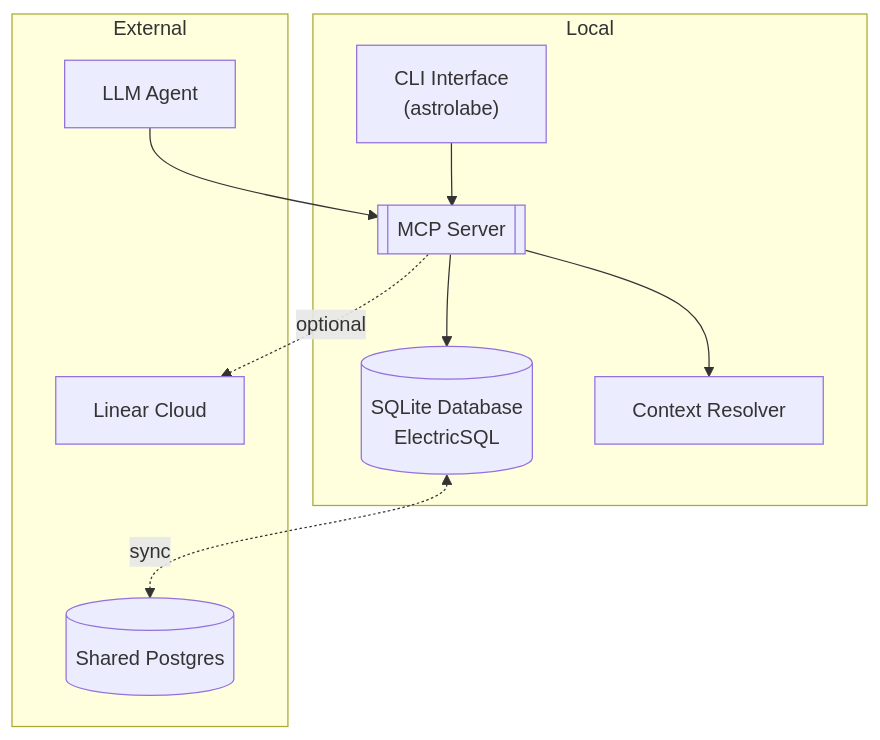
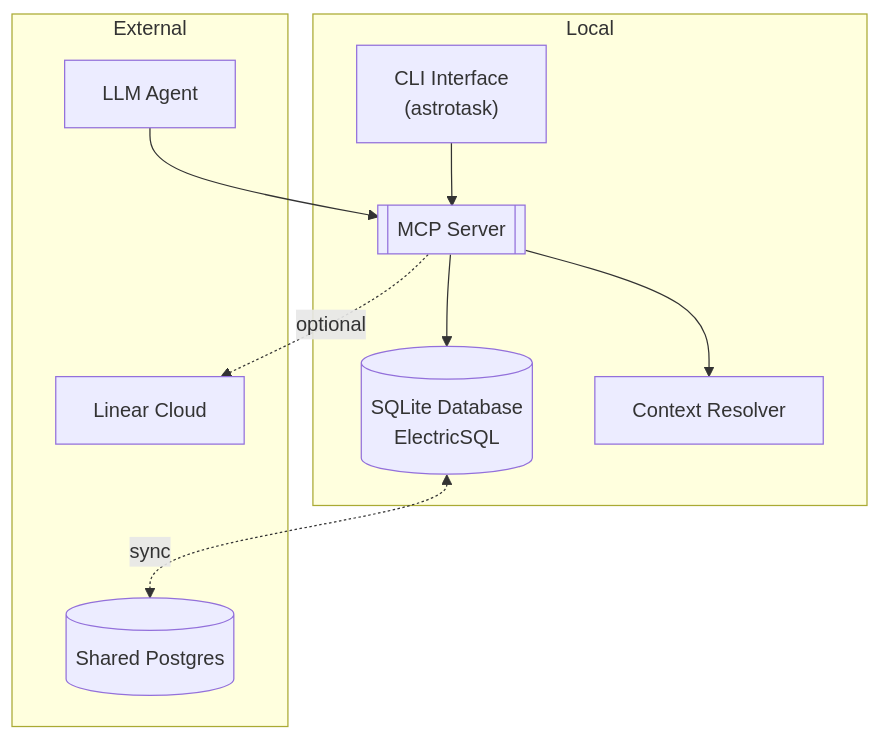
One commit to marktoda/astrotask changed the diagram in AGENTS.md. Above: the diagram before and after it, drawn with Mermaid. The commit also changed other lines of this file and 73 other files, not shown here.

````diff
--- a/AGENTS.md
+++ b/AGENTS.md
@@ -108,22 +108,22 @@
 ```mermaid
 graph TD
   subgraph Local
-    CLI["CLI Interface<br>(astrolabe)"]
+    CLI["CLI Interface<br>(astrotask)"]
     MCP[[MCP Server]]
     SQLite[(SQLite Database<br>ElectricSQL)]
     Resolver[Context Resolver]
   end
 
   subgraph External
     Postgres[(Shared Postgres)]
     Linear[Linear Cloud]
     Agent[LLM Agent]
   end
 
   CLI --> MCP
   Agent --> MCP
   MCP --> SQLite
   MCP --> Resolver
   SQLite <-.sync.-> Postgres
   MCP -.optional.-> Linear
 ```
````
